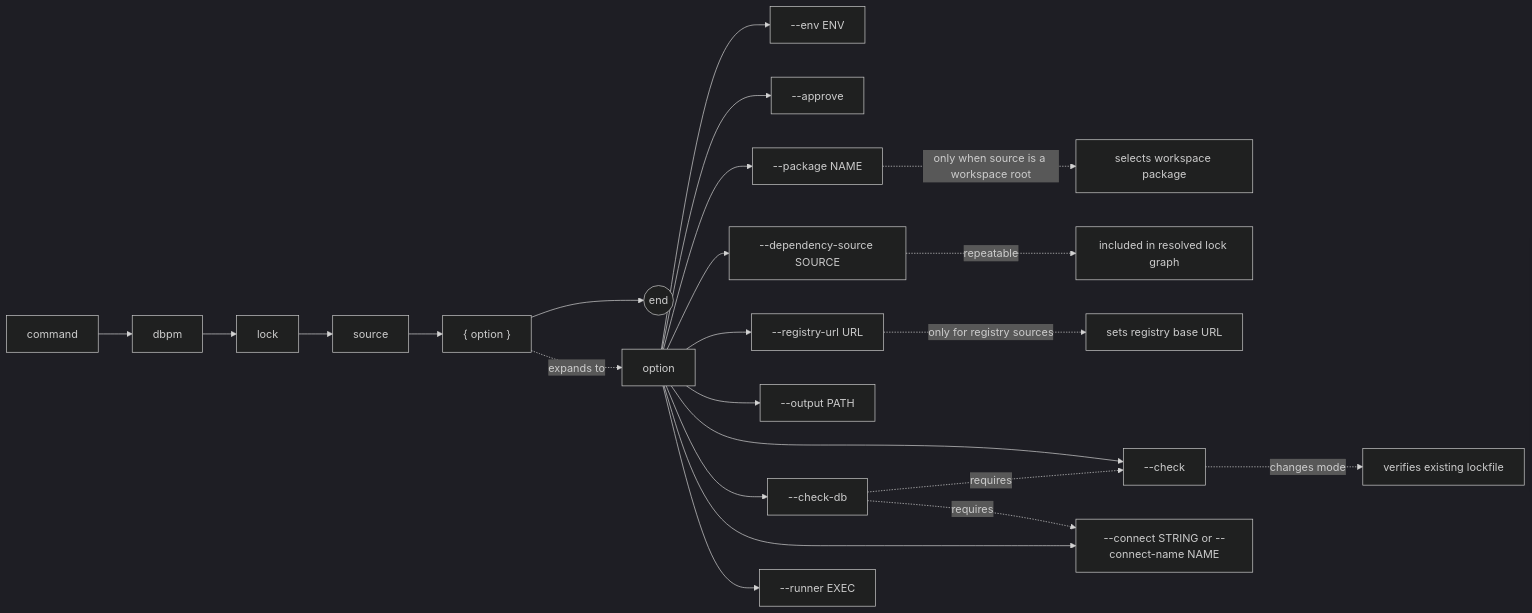
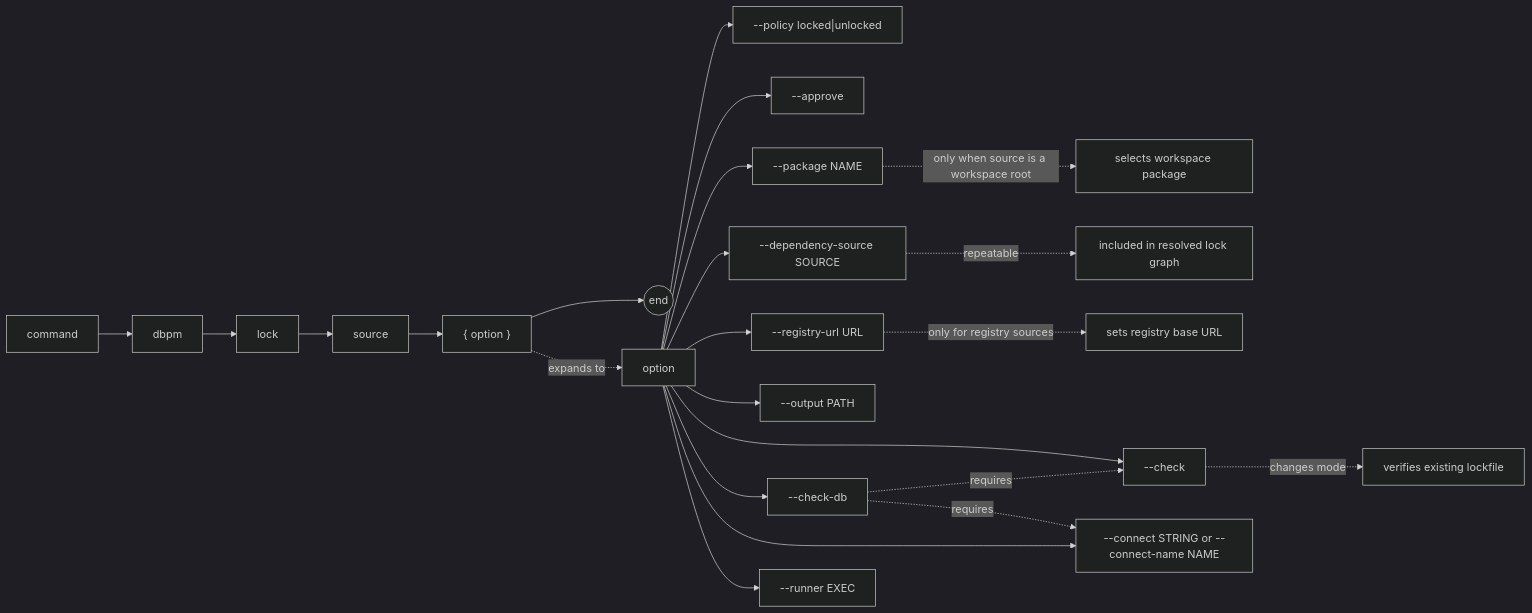
One commit to 512itconsulting/dbpm changed the diagram in docs/commands/lock.md. Above: the diagram before and after it, drawn with Mermaid (dark theme). The commit also changed other lines of this file and 35 other files, not shown here.

````diff
--- a/docs/commands/lock.md
+++ b/docs/commands/lock.md
@@ -19,27 +19,27 @@
 ```mermaid
 flowchart LR
     command["command"] --> dbpm["dbpm"]
     dbpm --> lock["lock"]
     lock --> source["source"]
     source --> options["{ option }"]
     options --> end_node(("end"))
 
     options -. expands to .-> option["option"]
-    option --> env["--env ENV"]
+    option --> policy["--policy locked|unlocked"]
     option --> approve["--approve"]
     option --> package["--package NAME"]
     option --> dependency_source["--dependency-source SOURCE"]
     option --> registry_url["--registry-url URL"]
     option --> output["--output PATH"]
     option --> check["--check"]
     option --> check_db["--check-db"]
     option --> connect["--connect STRING or --connect-name NAME"]
     option --> runner["--runner EXEC"]
 
     package -. only when source is a workspace root .-> package_note["selects workspace package"]
     dependency_source -. repeatable .-> dep_note["included in resolved lock graph"]
     registry_url -. only for registry sources .-> registry_note["sets registry base URL"]
     check -. changes mode .-> check_note["verifies existing lockfile"]
     check_db -. requires .-> check
     check_db -. requires .-> connect
 ```
````
